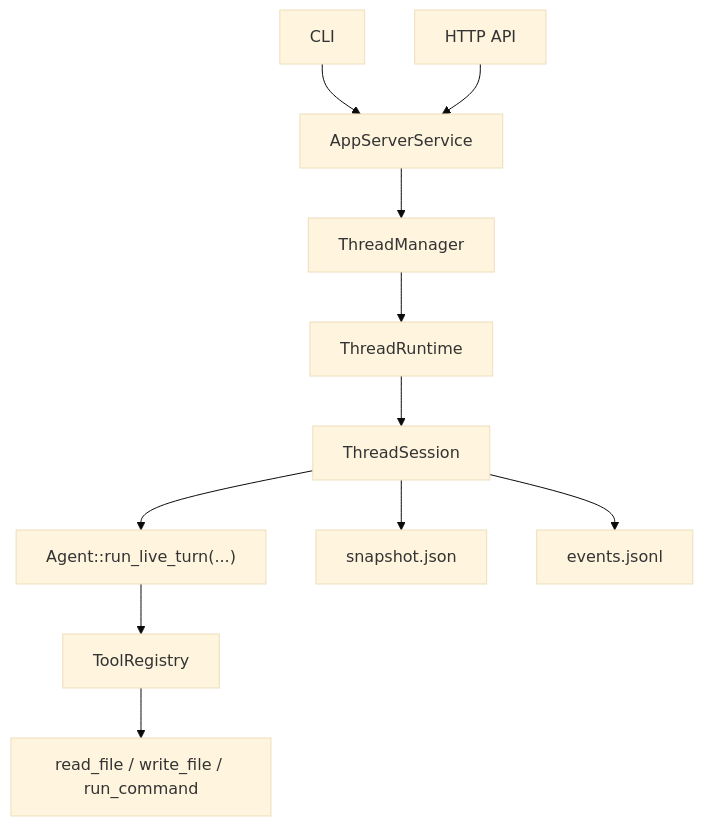
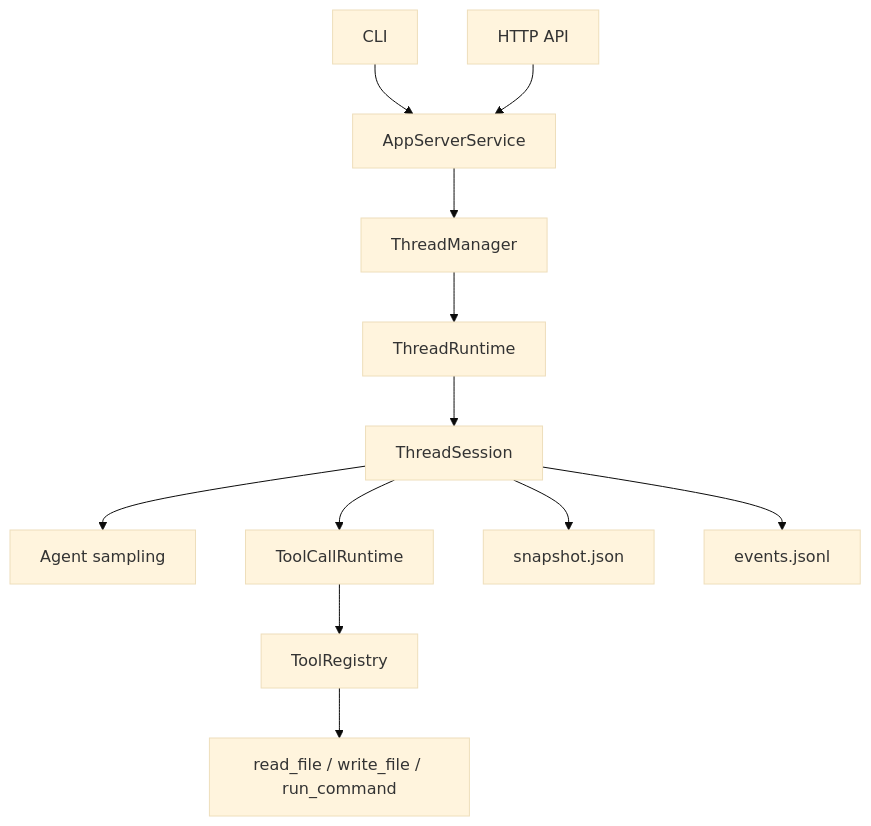
One commit to exqqstar/ExAgent changed the diagram in README.md. Above: the diagram before and after it, drawn with Mermaid (base theme). The commit also changed other lines of this file and 32 other files, not shown here.

````diff
--- a/README.md
+++ b/README.md
@@ -32,25 +32,27 @@
 ```mermaid
 flowchart TB
     CLI["CLI"]
     API["HTTP API"]
     Boundary["AppServerService"]
     Manager["ThreadManager"]
     Runtime["ThreadRuntime"]
     Session["ThreadSession"]
-    Agent["Agent::run_live_turn(...)"]
+    Agent["Agent sampling"]
+    ToolRuntime["ToolCallRuntime"]
     Registry["ToolRegistry"]
     Tools["read_file / write_file / run_command"]
     Snapshot["snapshot.json"]
     Events["events.jsonl"]
 
     CLI --> Boundary
     API --> Boundary
     Boundary --> Manager
     Manager --> Runtime
     Runtime --> Session
     Session --> Agent
+    Session --> ToolRuntime
+    ToolRuntime --> Registry
     Registry --> Tools
-    Agent --> Registry
     Session --> Snapshot
     Session --> Events
 ```
````
